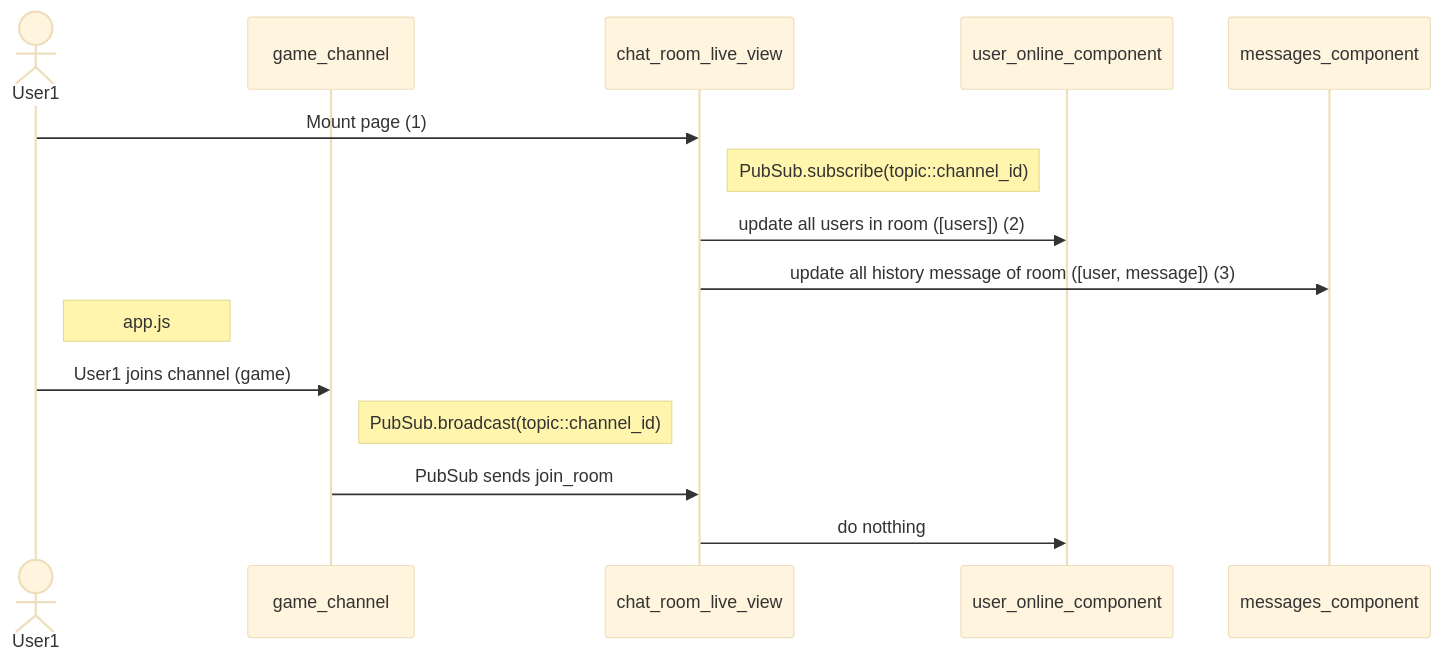
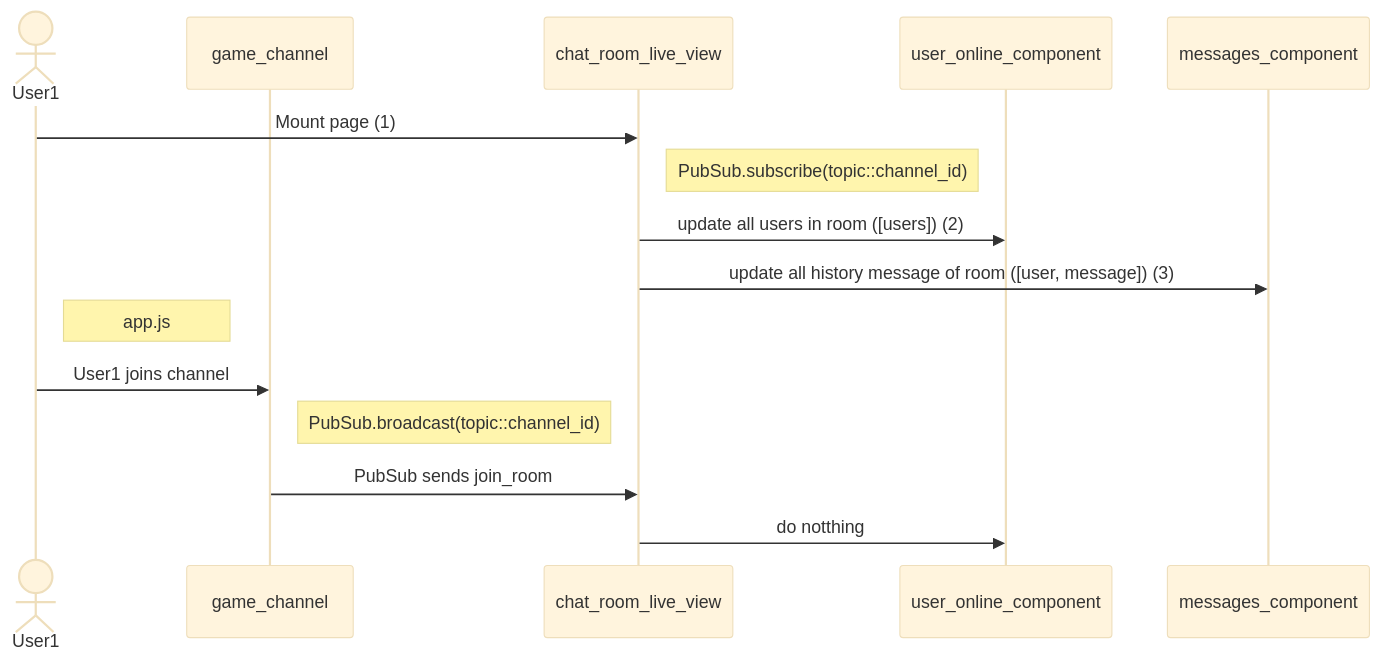
The first of 5 diagrams in README.md (ohhi-vn/embedded_chat), drawn with Mermaid (base theme) before and after one commit. The commit also changed other lines of this file and 17 other files, not shown here.

````diff
--- a/README.md
+++ b/README.md
@@ -52,17 +50,17 @@
 ```mermaid
 sequenceDiagram
     actor User1
     participant game_channel
     participant chat_room_live_view
     participant user_online_component
     participant messages_component
     User1->>chat_room_live_view: Mount page (1)
     Note right of chat_room_live_view: PubSub.subscribe(topic::channel_id)
     chat_room_live_view->>user_online_component: update all users in room ([users]) (2)
     chat_room_live_view->>messages_component: update all history message of room ([user, message]) (3)
     Note right of User1: app.js
-    User1->>game_channel: User1 joins channel (game)
+    User1->>game_channel: User1 joins channel
     Note right of game_channel: PubSub.broadcast(topic::channel_id)
     game_channel->>chat_room_live_view: PubSub sends join_room
     chat_room_live_view->>user_online_component: do notthing
 ```
````
